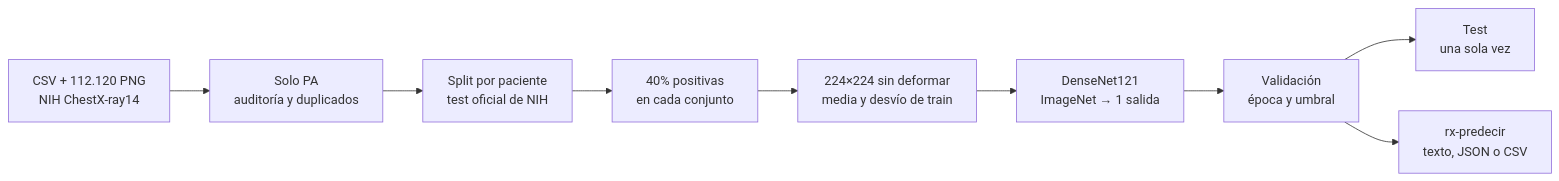
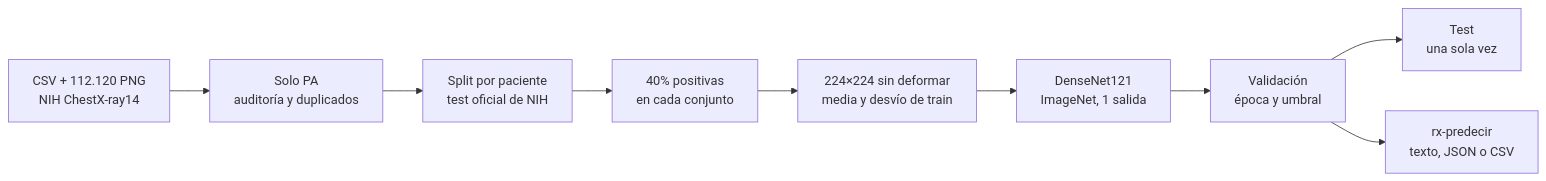
The diagram in README.md (Marcouzis11/iaproyecto), drawn with Mermaid before and after one commit. The commit also changed other lines of this file, not shown here.

````diff
--- a/README.md
+++ b/README.md
@@ -182,11 +182,11 @@
 ```mermaid
 flowchart LR
     A[CSV + 112.120 PNG<br/>NIH ChestX-ray14] --> B[Solo PA<br/>auditoría y duplicados]
     B --> C[Split por paciente<br/>test oficial de NIH]
     C --> D[40% positivas<br/>en cada conjunto]
     D --> E[224×224 sin deformar<br/>media y desvío de train]
-    E --> F[DenseNet121<br/>ImageNet → 1 salida]
+    E --> F[DenseNet121<br/>ImageNet, 1 salida]
     F --> G[Validación<br/>época y umbral]
     G --> H[Test<br/>una sola vez]
     G --> I[rx-predecir<br/>texto, JSON o CSV]
 ```
````
